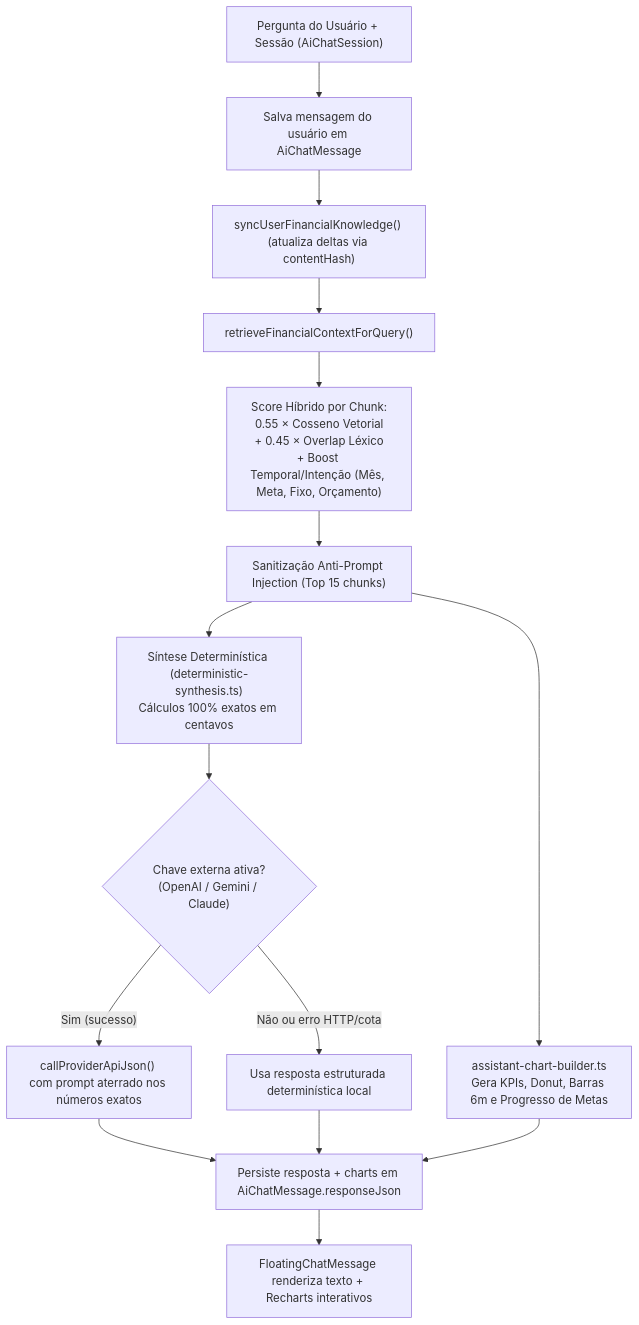
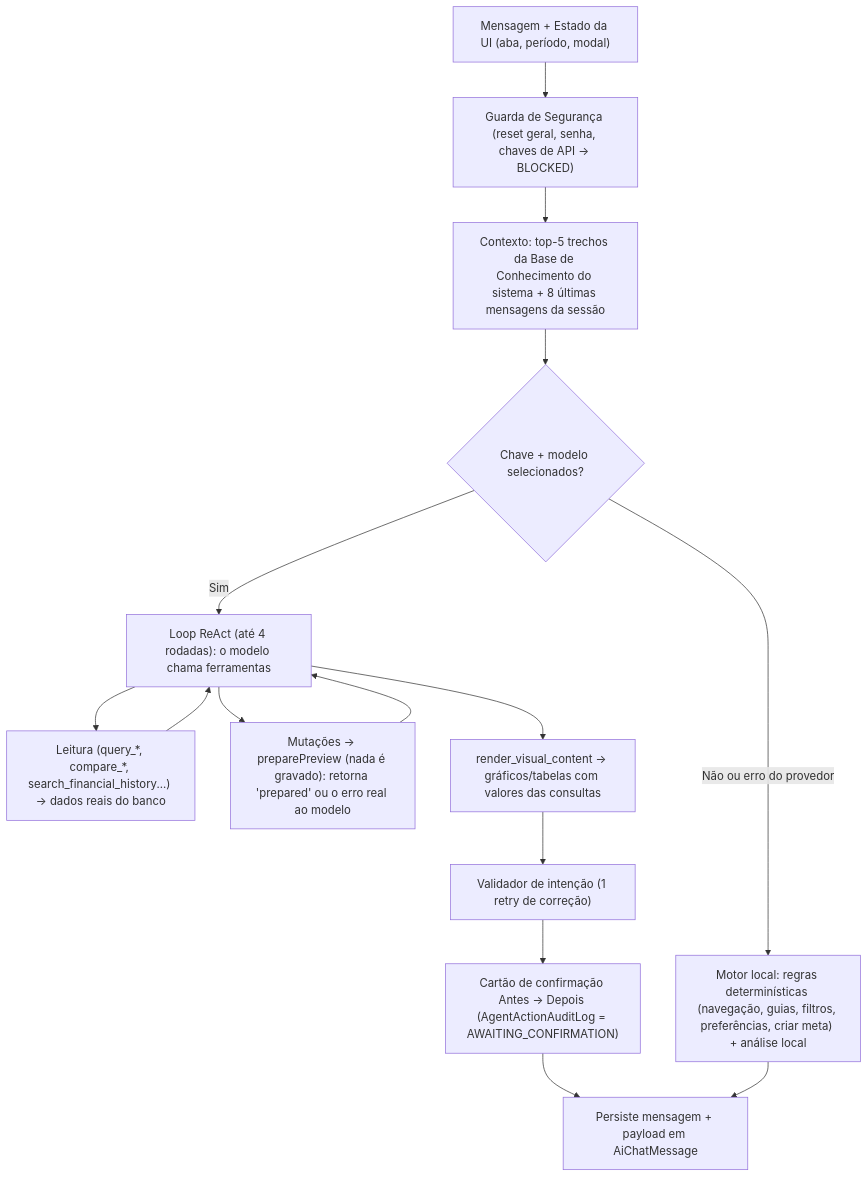
One commit to Ruan-Moraes/FinMind changed the third of 4 diagrams in docs/AI_AND_RAG.md. Above: the diagram before and after it, drawn with Mermaid. The commit also changed other lines of this file and 50 other files, not shown here.

````diff
--- a/docs/AI_AND_RAG.md
+++ b/docs/AI_AND_RAG.md
@@ -105,24 +112,24 @@
 ```mermaid
 flowchart TD
-  Q["Pergunta do Usuário + Sessão (AiChatSession)"]
-  SaveU["Salva mensagem do usuário em AiChatMessage"]
-  Sync["syncUserFinancialKnowledge() (atualiza deltas via contentHash)"]
-  Retr["retrieveFinancialContextForQuery()"]
-  Score["Score Híbrido por Chunk:<br/>0.55 × Cosseno Vetorial<br/>+ 0.45 × Overlap Léxico<br/>+ Boost Temporal/Intenção (Mês, Meta, Fixo, Orçamento)"]
-  Sanitize["Sanitização Anti-Prompt Injection (Top 15 chunks)"]
-  Det["Síntese Determinística (deterministic-synthesis.ts)<br/>Cálculos 100% exatos em centavos"]
-  Charts["assistant-chart-builder.ts<br/>Gera KPIs, Donut, Barras 6m e Progresso de Metas"]
-  LLM{"Chave externa ativa?<br/>(OpenAI / Gemini / Claude)"}
-  LiveCall["callProviderApiJson() com prompt aterrado nos números exatos"]
-  Fallback["Usa resposta estruturada determinística local"]
-  SaveA["Persiste resposta + charts em AiChatMessage.responseJson"]
-  Render["FloatingChatMessage renderiza texto + Recharts interativos"]
+  Q["Mensagem + Estado da UI (aba, período, modal)"]
+  Guard["Guarda de Segurança (reset geral, senha, chaves de API → BLOCKED)"]
+  Ctx["Contexto: top-5 trechos da Base de Conhecimento do sistema + 8 últimas mensagens da sessão"]
+  LLM{"Chave + modelo selecionados?"}
+  Loop["Loop ReAct (até 4 rodadas): o modelo chama ferramentas"]
+  Read["Leitura (query_*, compare_*, search_financial_history...) → dados reais do banco"]
+  Prep["Mutações → preparePreview (nada é gravado): retorna 'prepared' ou o erro real ao modelo"]
+  Render["render_visual_content → gráficos/tabelas com valores das consultas"]
+  Valid["Validador de intenção (1 retry de correção)"]
+  Local["Motor local: regras determinísticas (navegação, guias, filtros, preferências, criar meta) + análise local"]
+  Card["Cartão de confirmação Antes → Depois (AgentActionAuditLog = AWAITING_CONFIRMATION)"]
+  Save["Persiste mensagem + payload em AiChatMessage"]
 
-  Q --> SaveU --> Sync --> Retr --> Score --> Sanitize
-  Sanitize --> Det
-  Sanitize --> Charts
-  Det --> LLM
-  LLM -- "Sim (sucesso)" --> LiveCall --> SaveA
-  LLM -- "Não ou erro HTTP/cota" --> Fallback --> SaveA
-  Charts --> SaveA --> Render
+  Q --> Guard --> Ctx --> LLM
+  LLM -- "Sim" --> Loop
+  Loop --> Read --> Loop
+  Loop --> Prep --> Loop
+  Loop --> Render --> Valid
+  LLM -- "Não ou erro do provedor" --> Local
+  Valid --> Card --> Save
+  Local --> Save
 ```
````
